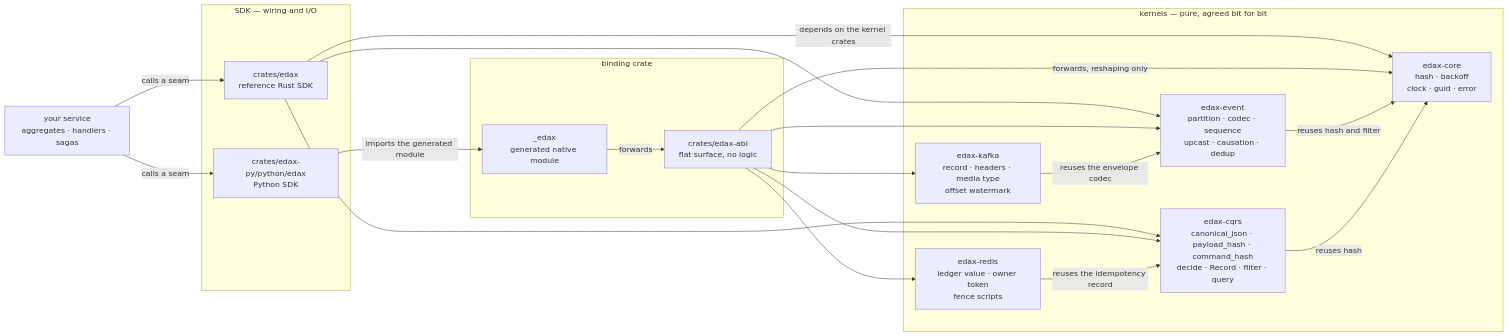
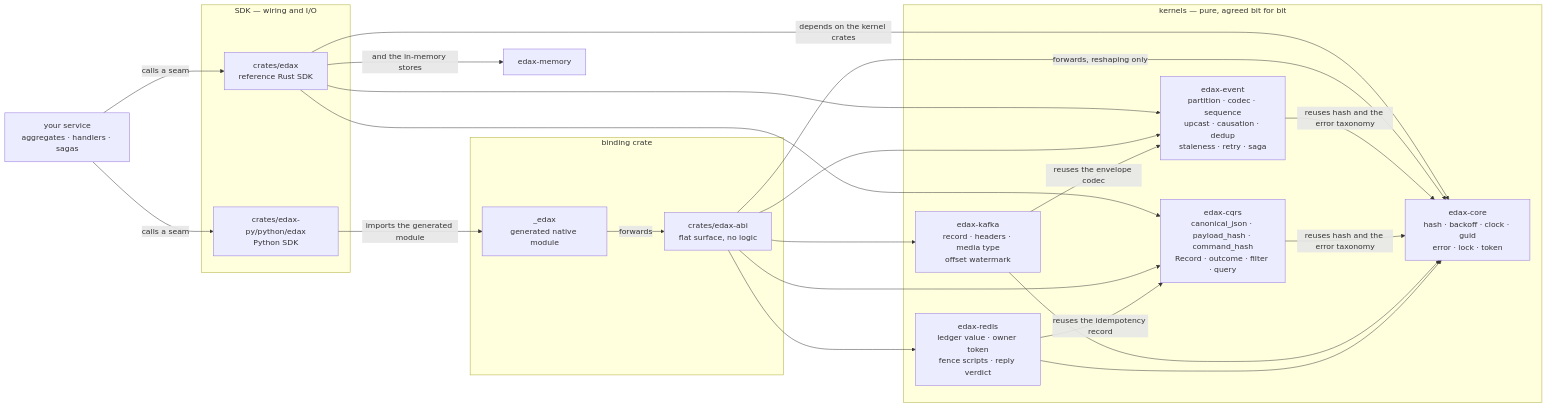
The first of 2 diagrams in docs/kernels/README.md (haskian/edax), drawn with Mermaid before and after one commit. The commit also changed other lines of this file and 263 other files, not shown here.

````diff
--- a/docs/kernels/README.md
+++ b/docs/kernels/README.md
@@ -10,39 +10,42 @@
 ```mermaid
 flowchart LR
     APP["your service<br/>aggregates · handlers · sagas"]
 
     subgraph sdks["SDK — wiring and I/O"]
         RS["crates/edax<br/>reference Rust SDK"]
         PY["crates/edax-py/python/edax<br/>Python SDK"]
     end
 
     subgraph binding["binding crate"]
         ABI["crates/edax-abi<br/>flat surface, no logic"]
         NAT["_edax<br/>generated native module"]
     end
 
     subgraph kernels["kernels — pure, agreed bit for bit"]
-        CORE["edax-core<br/>hash · backoff<br/>clock · guid · error"]
-        EV["edax-event<br/>partition · codec · sequence<br/>upcast · causation · dedup"]
-        CQ["edax-cqrs<br/>canonical_json · payload_hash · command_hash<br/>decide · Record · filter · query"]
+        CORE["edax-core<br/>hash · backoff · clock · guid<br/>error · lock · token"]
+        EV["edax-event<br/>partition · codec · sequence<br/>upcast · causation · dedup<br/>staleness · retry · saga"]
+        CQ["edax-cqrs<br/>canonical_json · payload_hash · command_hash<br/>Record · outcome · filter · query"]
         KAF["edax-kafka<br/>record · headers · media type<br/>offset watermark"]
-        RED["edax-redis<br/>ledger value · owner token<br/>fence scripts"]
+        RED["edax-redis<br/>ledger value · owner token<br/>fence scripts · reply verdict"]
     end
 
     APP -->|"calls a seam"| RS
     APP -->|"calls a seam"| PY
     RS -->|"depends on the kernel crates"| CORE
     RS --> EV
     RS --> CQ
+    RS -->|"and the in-memory stores"| MEM["edax-memory"]
     PY -->|"imports the generated module"| NAT
     NAT -->|"forwards"| ABI
     ABI -->|"forwards, reshaping only"| CORE
     ABI --> EV
     ABI --> CQ
     ABI --> KAF
     ABI --> RED
-    EV -->|"reuses hash and filter"| CORE
-    CQ -->|"reuses hash"| CORE
+    EV -->|"reuses hash and the error taxonomy"| CORE
+    CQ -->|"reuses hash and the error taxonomy"| CORE
     KAF -->|"reuses the envelope codec"| EV
+    KAF --> CORE
     RED -->|"reuses the idempotency record"| CQ
+    RED --> CORE
 ```
````
